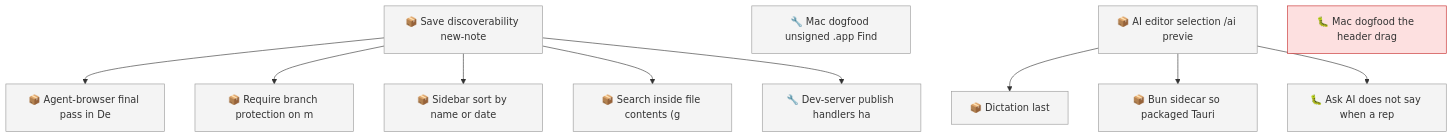
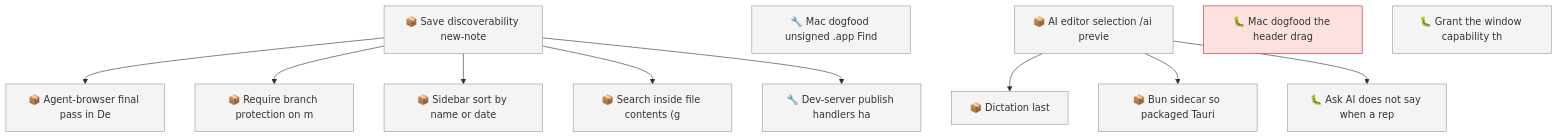
One commit to SpillwaveSolutions/motion changed the first of 2 diagrams in docs/roadmap.md. Above: the diagram before and after it, drawn with Mermaid. The commit also changed other lines of this file and 10 other files, not shown here.

First line of the commit message:
fix(window): grant the capability the header drag has always needed (#59)

````diff
--- a/docs/roadmap.md
+++ b/docs/roadmap.md
@@ -97,27 +99,28 @@
 ```mermaid
 graph TD
     01KYQYYN3SBWDT25TC6H3G4EAA["📦 Save discoverability new-note"]
     01KYQYYN3T2SSGG33ESEWPXKH8["📦 Agent-browser final pass in De"]
     01KYQYYN3T731B57N8NXQ8C0FQ["📦 Require branch protection on m"]
     01KYQYYN3TA69K8848E483HC82["📦 Sidebar sort by name or date"]
     01KYQYYN3TKW93D9SVW07VKFZY["📦 Search inside file contents (g"]
     01M18Q560MPAYQJTA0W6F4DAW3["🔧 Mac dogfood unsigned .app Find"]
     01M18R79ZM90HJ0MBG3CX6VW7E["📦 Dictation last"]
     01M18R79ZMN53CMV76JFHKVEFN["📦 AI editor selection /ai previe"]
     01M19Z6Z3XQZ03EYNXKKBG5WK7["📦 Bun sidecar so packaged Tauri"]
     01M1ABZH14RJDDJ7M7HT3TZKYW["🐛 Ask AI does not say when a rep"]
     01M1ABZH2F573CM32N93NDMAGB["🔧 Dev-server publish handlers ha"]
     01M1MVB300KXXJPZ2XACH7A64K["🐛 Mac dogfood the header drag"]
+    01M1QN6CE0P31CYJZFG7K9D3K7["🐛 Grant the window capability th"]
     01KYQYYN3SBWDT25TC6H3G4EAA --> 01KYQYYN3T2SSGG33ESEWPXKH8
     01KYQYYN3SBWDT25TC6H3G4EAA --> 01KYQYYN3T731B57N8NXQ8C0FQ
     01KYQYYN3SBWDT25TC6H3G4EAA --> 01KYQYYN3TA69K8848E483HC82
     01KYQYYN3SBWDT25TC6H3G4EAA --> 01KYQYYN3TKW93D9SVW07VKFZY
     01M18R79ZMN53CMV76JFHKVEFN --> 01M18R79ZM90HJ0MBG3CX6VW7E
     01M18R79ZMN53CMV76JFHKVEFN --> 01M19Z6Z3XQZ03EYNXKKBG5WK7
     01M18R79ZMN53CMV76JFHKVEFN --> 01M1ABZH14RJDDJ7M7HT3TZKYW
     01KYQYYN3SBWDT25TC6H3G4EAA --> 01M1ABZH2F573CM32N93NDMAGB
     classDef todo fill:#f4f4f4,stroke:#999999
-    class 01KYQYYN3SBWDT25TC6H3G4EAA,01KYQYYN3T2SSGG33ESEWPXKH8,01KYQYYN3T731B57N8NXQ8C0FQ,01KYQYYN3TA69K8848E483HC82,01KYQYYN3TKW93D9SVW07VKFZY,01M18Q560MPAYQJTA0W6F4DAW3,01M18R79ZM90HJ0MBG3CX6VW7E,01M18R79ZMN53CMV76JFHKVEFN,01M19Z6Z3XQZ03EYNXKKBG5WK7,01M1ABZH14RJDDJ7M7HT3TZKYW,01M1ABZH2F573CM32N93NDMAGB todo
+    class 01KYQYYN3SBWDT25TC6H3G4EAA,01KYQYYN3T2SSGG33ESEWPXKH8,01KYQYYN3T731B57N8NXQ8C0FQ,01KYQYYN3TA69K8848E483HC82,01KYQYYN3TKW93D9SVW07VKFZY,01M18Q560MPAYQJTA0W6F4DAW3,01M18R79ZM90HJ0MBG3CX6VW7E,01M18R79ZMN53CMV76JFHKVEFN,01M19Z6Z3XQZ03EYNXKKBG5WK7,01M1ABZH14RJDDJ7M7HT3TZKYW,01M1ABZH2F573CM32N93NDMAGB,01M1QN6CE0P31CYJZFG7K9D3K7 todo
     classDef blocked fill:#fde0e0,stroke:#c62828
     class 01M1MVB300KXXJPZ2XACH7A64K blocked
 ```
````
